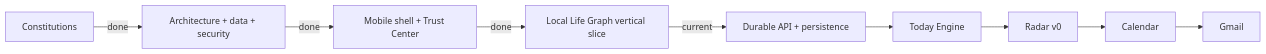
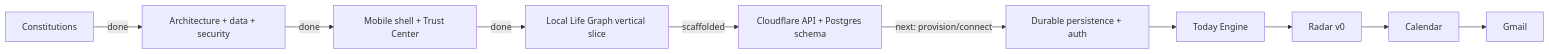
One commit to seq23/aplayer-mode changed the second of 2 diagrams in docs/README.md. Above: the diagram before and after it, drawn with Mermaid. The commit also changed other lines of this file, not shown here.

````diff
--- a/docs/README.md
+++ b/docs/README.md
@@ -49,11 +50,12 @@
 ```mermaid
 flowchart LR
   A[Constitutions] -->|done| B[Architecture + data + security]
   B -->|done| C[Mobile shell + Trust Center]
   C -->|done| D[Local Life Graph vertical slice]
-  D -->|current| E[Durable API + persistence]
-  E --> F[Today Engine]
-  F --> G[Radar v0]
-  G --> H[Calendar]
-  H --> I[Gmail]
+  D -->|scaffolded| E[Cloudflare API + Postgres schema]
+  E -->|next: provision/connect| F[Durable persistence + auth]
+  F --> G[Today Engine]
+  G --> H[Radar v0]
+  H --> I[Calendar]
+  I --> J[Gmail]
 ```
````
